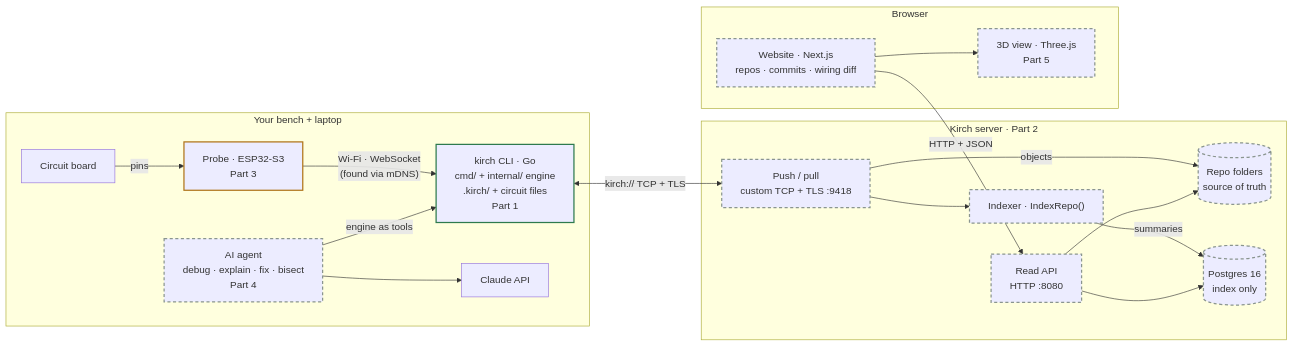
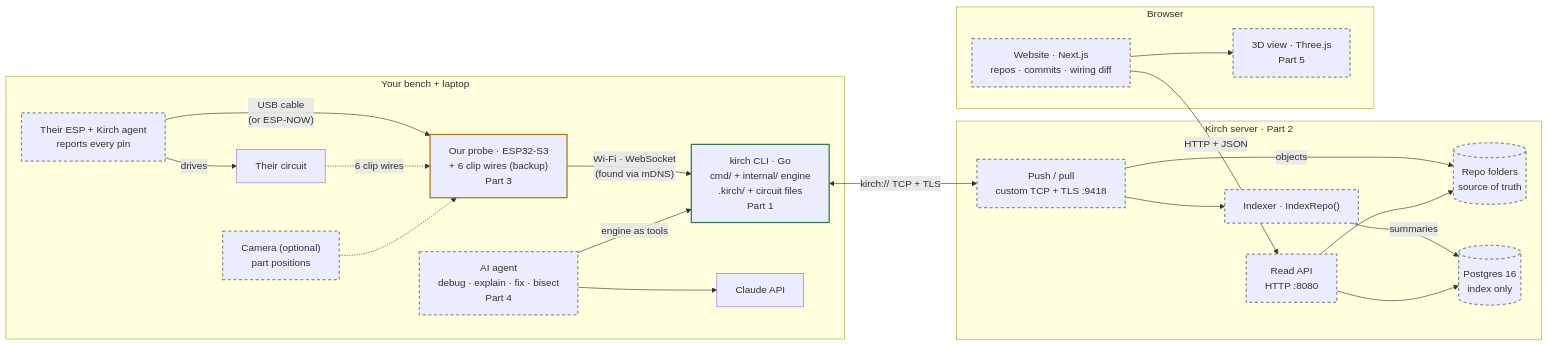
One commit to Kirch-log/Kirch changed the diagram in README.md. Above: the diagram before and after it, drawn with Mermaid. The commit also changed other lines of this file and 2 other files, not shown here.

Commit message:
Plan: user writes nothing; their ESP plugs into the probe; 3D digital twin; KiCad parked

````diff
--- a/README.md
+++ b/README.md
@@ -18,43 +18,48 @@
 ```mermaid
 flowchart LR
   subgraph bench["Your bench + laptop"]
-    board["Circuit board"]
-    probe["Probe · ESP32-S3<br/>Part 3"]
+    board["Their circuit"]
+    their["Their ESP + Kirch agent<br/>reports every pin"]
+    probe["Our probe · ESP32-S3<br/>+ 6 clip wires (backup)<br/>Part 3"]
+    cam["Camera (optional)<br/>part positions"]
     cli["kirch CLI · Go<br/>cmd/ + internal/ engine<br/>.kirch/ + circuit files<br/>Part 1"]
     agent["AI agent<br/>debug · explain · fix · bisect<br/>Part 4"]
     claude["Claude API"]
   end
 
   subgraph server["Kirch server · Part 2"]
     push["Push / pull<br/>custom TCP + TLS :9418"]
     indexer["Indexer · IndexRepo()"]
     api["Read API<br/>HTTP :8080"]
     repos[("Repo folders<br/>source of truth")]
     pg[("Postgres 16<br/>index only")]
   end
 
   subgraph browser["Browser"]
     web["Website · Next.js<br/>repos · commits · wiring diff"]
     view3d["3D view · Three.js<br/>Part 5"]
   end
 
-  board -- pins --> probe
+  their -- drives --> board
+  their -- "USB cable<br/>(or ESP-NOW)" --> probe
+  board -. "6 clip wires" .-> probe
+  cam -.-> probe
   probe -- "Wi-Fi · WebSocket<br/>(found via mDNS)" --> cli
   agent -- "engine as tools" --> cli
   agent --> claude
   cli <-- "kirch:// TCP + TLS" --> push
   push -- objects --> repos
   push --> indexer
   indexer -- summaries --> pg
   api --> pg
   api --> repos
   web -- HTTP + JSON --> api
   web --> view3d
 
   classDef built stroke:#2E7A4E,stroke-width:2px
   classDef wip stroke:#B0751A,stroke-width:2px
   classDef plan stroke:#8A958F,stroke-width:2px,stroke-dasharray:5 4
   class cli built
   class probe wip
-  class agent,push,indexer,api,repos,pg,web,view3d plan
+  class agent,push,indexer,api,repos,pg,web,view3d,their,cam plan
 ```
````
